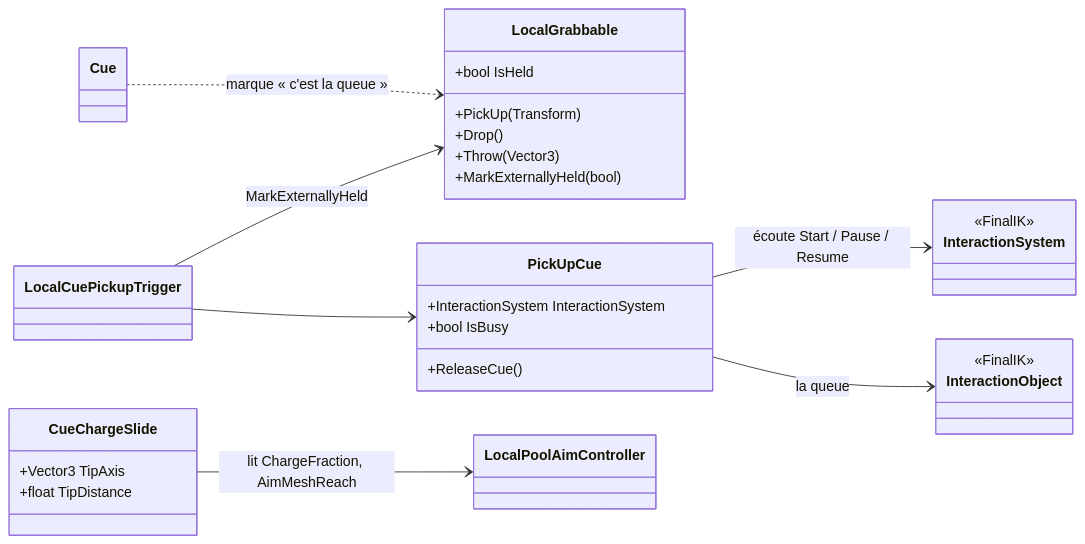
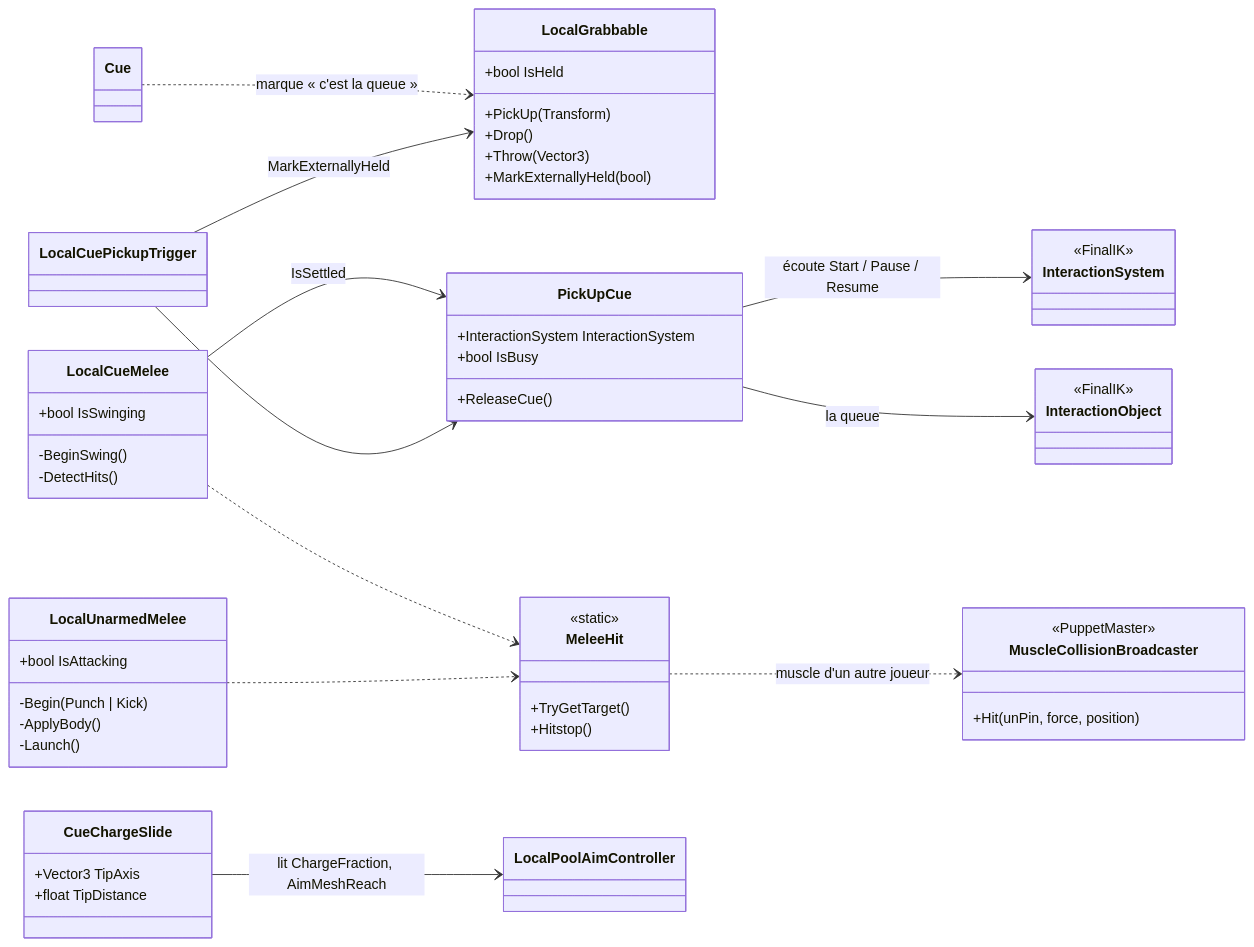
The second of 4 diagrams in docs/content/tech/architecture.md (FlackyBoy/UntitledPoolgame), drawn with Mermaid before and after one commit. The commit also changed other lines of this file and 9 other files, not shown here.

````diff
--- a/docs/content/tech/architecture.md
+++ b/docs/content/tech/architecture.md
@@ -90,35 +90,59 @@
 ```mermaid
 classDiagram
   direction LR
   class LocalGrabbable {
     +bool IsHeld
     +PickUp(Transform)
     +Drop()
     +Throw(Vector3)
     +MarkExternallyHeld(bool)
   }
   class Cue
   class PickUpCue {
     +InteractionSystem InteractionSystem
     +bool IsBusy
     +ReleaseCue()
   }
   class CueChargeSlide {
     +Vector3 TipAxis
     +float TipDistance
   }
   class InteractionSystem {
     <<FinalIK>>
   }
   class InteractionObject {
     <<FinalIK>>
   }
   class LocalCuePickupTrigger
+  class LocalCueMelee {
+    +bool IsSwinging
+    -BeginSwing()
+    -DetectHits()
+  }
+  class LocalUnarmedMelee {
+    +bool IsAttacking
+    -Begin(Punch | Kick)
+    -ApplyBody()
+    -Launch()
+  }
+  class MeleeHit {
+    <<static>>
+    +TryGetTarget()
+    +Hitstop()
+  }
+  class MuscleCollisionBroadcaster {
+    <<PuppetMaster>>
+    +Hit(unPin, force, position)
+  }
 
+  LocalCueMelee --> PickUpCue : IsSettled
+  LocalCueMelee ..> MeleeHit
+  LocalUnarmedMelee ..> MeleeHit
+  MeleeHit ..> MuscleCollisionBroadcaster : muscle d'un autre joueur
   Cue ..> LocalGrabbable : marque « c'est la queue »
   LocalCuePickupTrigger --> PickUpCue
   LocalCuePickupTrigger --> LocalGrabbable : MarkExternallyHeld
   PickUpCue --> InteractionSystem : écoute Start / Pause / Resume
   PickUpCue --> InteractionObject : la queue
   CueChargeSlide --> LocalPoolAimController : lit ChargeFraction, AimMeshReach
 ```
````
